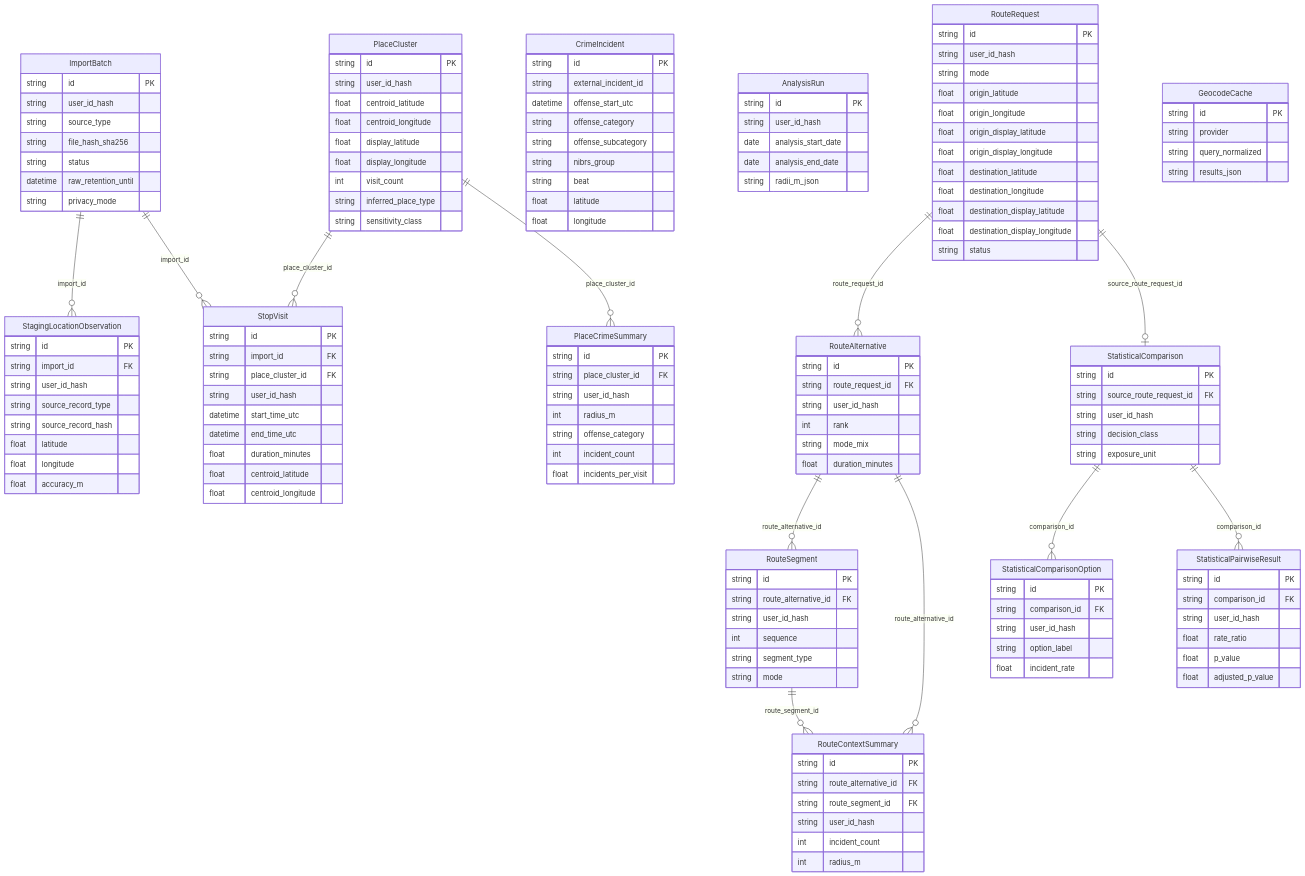
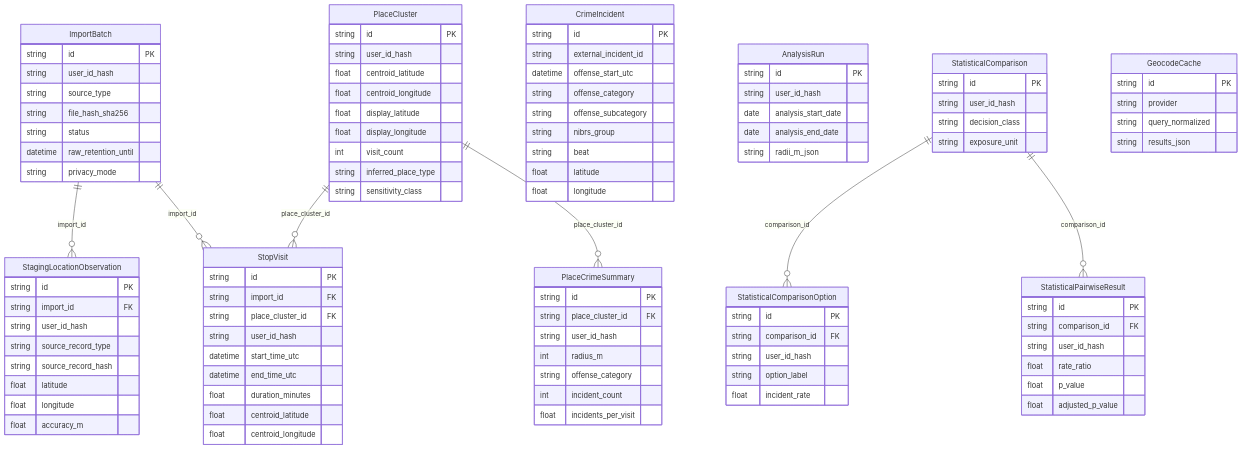
Before and after one commit to jcscocca/crime-commute-safety-tool: the diagram in docs/architecture/data-model.md, drawn with Mermaid. The commit also changed other lines of this file and 23 other files, not shown here.

````diff
--- a/docs/architecture/data-model.md
+++ b/docs/architecture/data-model.md
@@ -280,51 +268,8 @@
         string radii_m_json
     }
 
-    RouteRequest {
-        string id PK
-        string user_id_hash
-        string mode
-        float origin_latitude
-        float origin_longitude
-        float origin_display_latitude
-        float origin_display_longitude
-        float destination_latitude
-        float destination_longitude
-        float destination_display_latitude
-        float destination_display_longitude
-        string status
-    }
-
-    RouteAlternative {
-        string id PK
-        string route_request_id FK
-        string user_id_hash
-        int rank
-        string mode_mix
-        float duration_minutes
-    }
-
-    RouteSegment {
-        string id PK
-        string route_alternative_id FK
-        string user_id_hash
-        int sequence
-        string segment_type
-        string mode
-    }
-
-    RouteContextSummary {
-        string id PK
-        string route_alternative_id FK
-        string route_segment_id FK
-        string user_id_hash
-        int incident_count
-        int radius_m
-    }
-
     StatisticalComparison {
         string id PK
-        string source_route_request_id FK
         string user_id_hash
         string decision_class
         string exposure_unit
@@ -358,11 +303,6 @@
     ImportBatch ||--o{ StopVisit : "import_id"
     PlaceCluster ||--o{ StopVisit : "place_cluster_id"
     PlaceCluster ||--o{ PlaceCrimeSummary : "place_cluster_id"
-    RouteRequest ||--o{ RouteAlternative : "route_request_id"
-    RouteRequest ||--o| StatisticalComparison : "source_route_request_id"
-    RouteAlternative ||--o{ RouteSegment : "route_alternative_id"
-    RouteAlternative ||--o{ RouteContextSummary : "route_alternative_id"
-    RouteSegment ||--o{ RouteContextSummary : "route_segment_id"
     StatisticalComparison ||--o{ StatisticalComparisonOption : "comparison_id"
     StatisticalComparison ||--o{ StatisticalPairwiseResult : "comparison_id"
 ```
````
